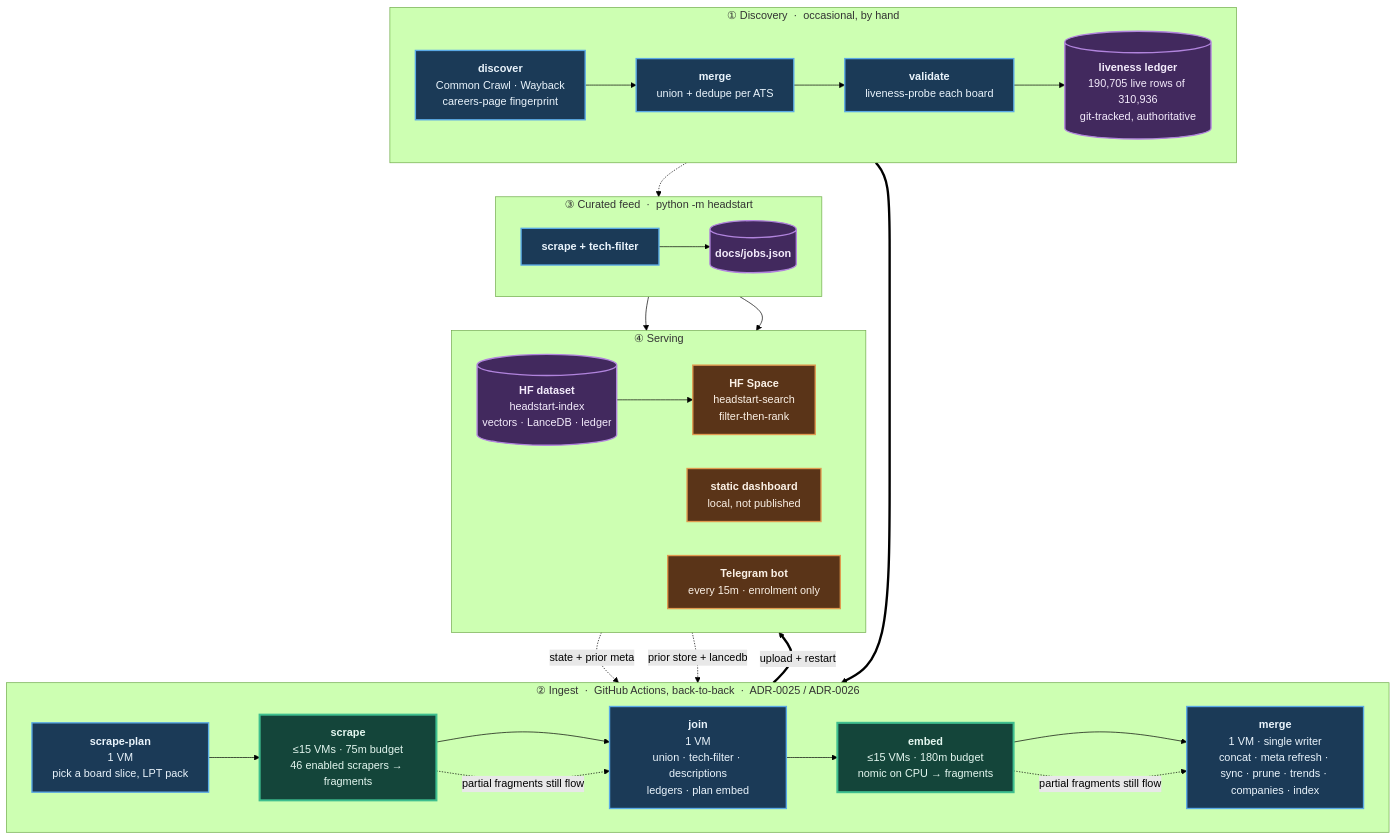
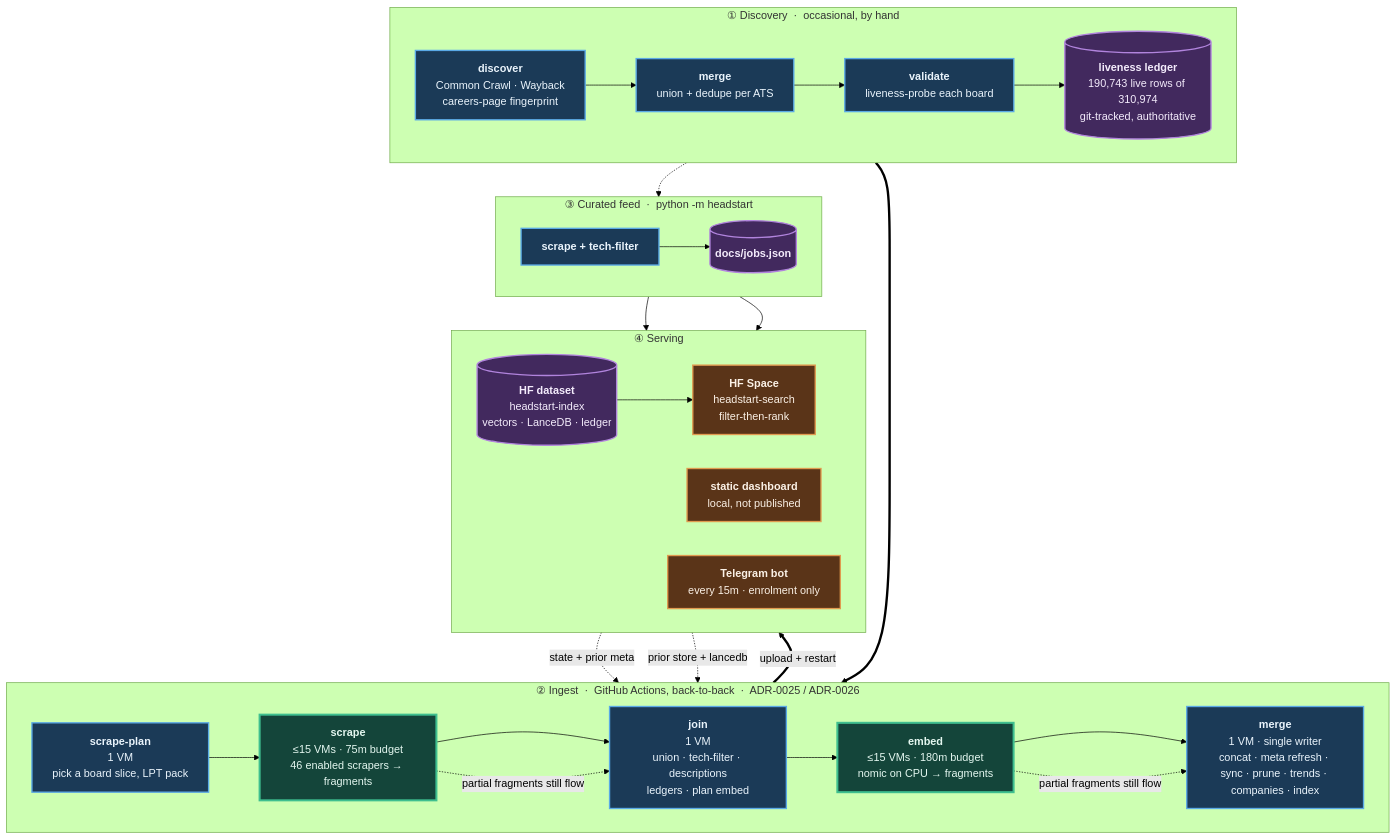
Before and after one commit to sarthakjain004/headstart: the diagram in README.md, drawn with Mermaid (forest theme). The commit also changed other lines of this file and 3 other files, not shown here.

````diff
--- a/README.md
+++ b/README.md
@@ -180,56 +180,56 @@
 ```mermaid
 flowchart TB
     subgraph D["① Discovery &nbsp;·&nbsp; occasional, by hand"]
         direction LR
         D1["<b>discover</b><br/>Common Crawl · Wayback<br/>careers-page fingerprint"]
         D2["<b>merge</b><br/>union + dedupe per ATS"]
         D3["<b>validate</b><br/>liveness-probe each board"]
-        D4[("<b>liveness ledger</b><br/>190,705 live rows of 310,936<br/>git-tracked, authoritative")]
+        D4[("<b>liveness ledger</b><br/>190,743 live rows of 310,974<br/>git-tracked, authoritative")]
         D1 --> D2 --> D3 --> D4
     end
 
     subgraph P["② Ingest &nbsp;·&nbsp; GitHub Actions, back-to-back &nbsp;·&nbsp; ADR-0025 / ADR-0026"]
         direction LR
         P1["<b>scrape-plan</b><br/>1 VM<br/>pick a board slice, LPT pack"]
         P2["<b>scrape</b><br/>≤15 VMs · 75m budget<br/>46 enabled scrapers → fragments"]
         P3["<b>join</b><br/>1 VM<br/>union · tech-filter · descriptions<br/>ledgers · plan embed"]
         P4["<b>embed</b><br/>≤15 VMs · 180m budget<br/>nomic on CPU → fragments"]
         P5["<b>merge</b><br/>1 VM · single writer<br/>concat · meta refresh · sync · prune · trends · companies · index"]
         P1 --> P2 --> P3 --> P4 --> P5
     end
 
     subgraph F["③ Curated feed &nbsp;·&nbsp; python -m headstart"]
         direction LR
         F1["<b>scrape + tech-filter</b>"]
         F2[("<b>docs/jobs.json</b>")]
         F1 --> F2
     end
 
     subgraph S["④ Serving"]
         direction LR
         S1[("<b>HF dataset</b><br/>headstart-index<br/>vectors · LanceDB · ledger")]
         S2["<b>HF Space</b><br/>headstart-search<br/>filter-then-rank"]
         S3["<b>static dashboard</b><br/>local, not published"]
         S4["<b>Telegram bot</b><br/>every 15m · enrolment only"]
         S1 --> S2
     end
 
     D4 ==> P1
     S1 -. "state + prior meta" .-> P1
     S1 -. "prior store + lancedb" .-> P5
     D4 -.-> F1
     P5 ==>|"upload + restart"| S1
     F2 --> S3
     F2 --> S4
     P2 -. "partial fragments still flow" .-> P3
     P4 -. "partial fragments still flow" .-> P5
 
     classDef serial fill:#1b3a57,stroke:#5aa9e6,stroke-width:2px,color:#eaf4fc
     classDef fan fill:#14453a,stroke:#3fbf8f,stroke-width:3px,color:#e4f7f0
     classDef store fill:#42295e,stroke:#b184dd,stroke-width:2px,color:#f4ecfc
     classDef serve fill:#5a3418,stroke:#e09a4f,stroke-width:2px,color:#fbf1e6
     class D1,D2,D3,P1,P3,P5,F1 serial
     class P2,P4 fan
     class D4,F2,S1 store
     class S2,S3,S4 serve
 ```
````
